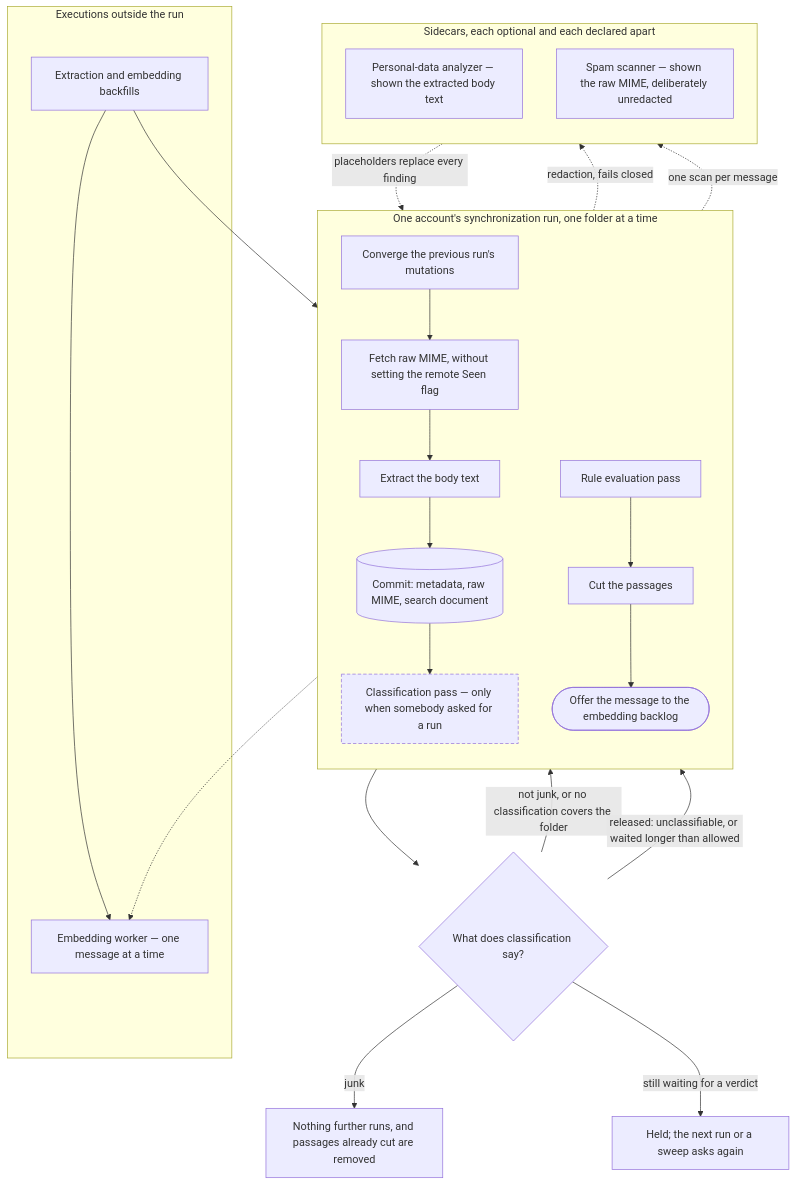
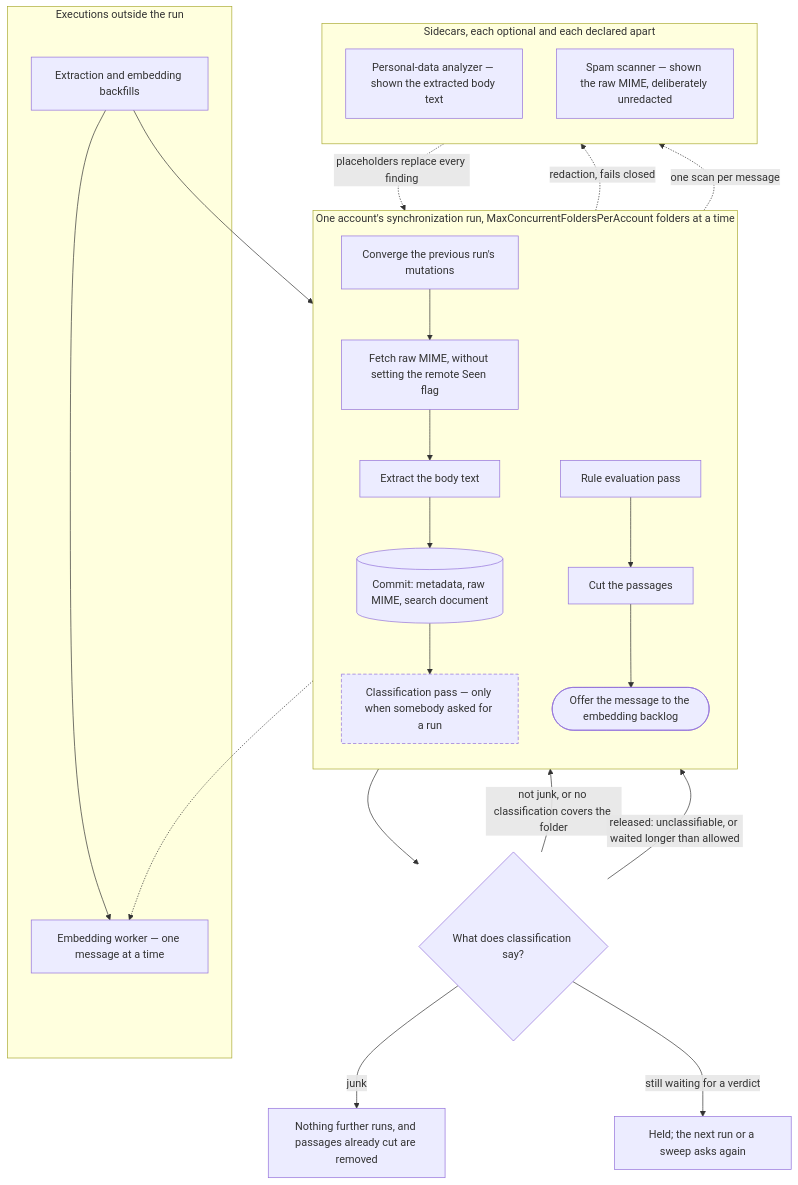
One commit to Krzysztof318/MailFathom changed the diagram in docs/architecture/arrival-pipeline.md. Above: the diagram before and after it, drawn with Mermaid. The commit also changed other lines of this file, not shown here.

First line of the commit message:
[#732] Say how many folders a run walks at once, rather than implying one

````diff
--- a/docs/architecture/arrival-pipeline.md
+++ b/docs/architecture/arrival-pipeline.md
@@ -16,45 +16,45 @@
 ```mermaid
 flowchart TD
-    subgraph run["One account's synchronization run, one folder at a time"]
+    subgraph run["One account's synchronization run, MaxConcurrentFoldersPerAccount folders at a time"]
         direction TB
         converge["Converge the previous run's mutations"]
         fetch["Fetch raw MIME, without setting the remote Seen flag"]
         extract["Extract the body text"]
         commit[("Commit: metadata, raw MIME, search document")]
         classify["Classification pass — only when somebody asked for a run"]
         rules["Rule evaluation pass"]
         cut["Cut the passages"]
         offer(["Offer the message to the embedding backlog"])
     end
 
     subgraph sidecars["Sidecars, each optional and each declared apart"]
         direction TB
         presidio["Personal-data analyzer — shown the extracted body text"]
         spamd["Spam scanner — shown the raw MIME, deliberately unredacted"]
     end
 
     subgraph elsewhere["Executions outside the run"]
         worker["Embedding worker — one message at a time"]
         sweeps["Extraction and embedding backfills"]
     end
 
     converge --> fetch --> extract
     extract -. "redaction, fails closed" .-> presidio
     presidio -. "placeholders replace every finding" .-> extract
     extract --> commit
     commit --> classify
     classify -. "one scan per message" .-> spamd
     classify --> gate{"What does classification say?"}
     gate -- "junk" --> withheld["Nothing further runs, and passages already cut are removed"]
     gate -- "not junk, or no classification covers the folder" --> rules
     gate -- "still waiting for a verdict" --> held["Held; the next run or a sweep asks again"]
     gate -- "released: unclassifiable, or waited longer than allowed" --> rules
     rules --> cut
     cut --> offer
     offer -.-> worker
     sweeps --> cut
     sweeps --> worker
 
     classDef seam stroke-dasharray: 5 3;
     class classify seam;
 ```
````
